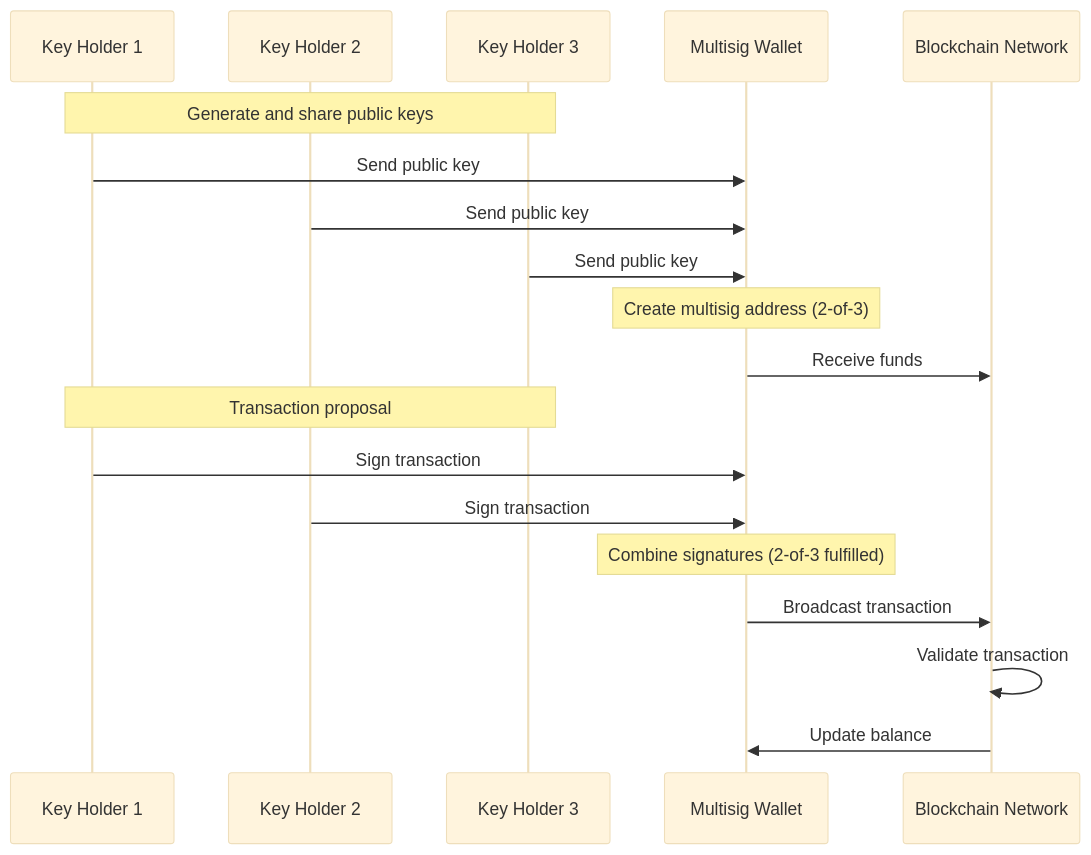
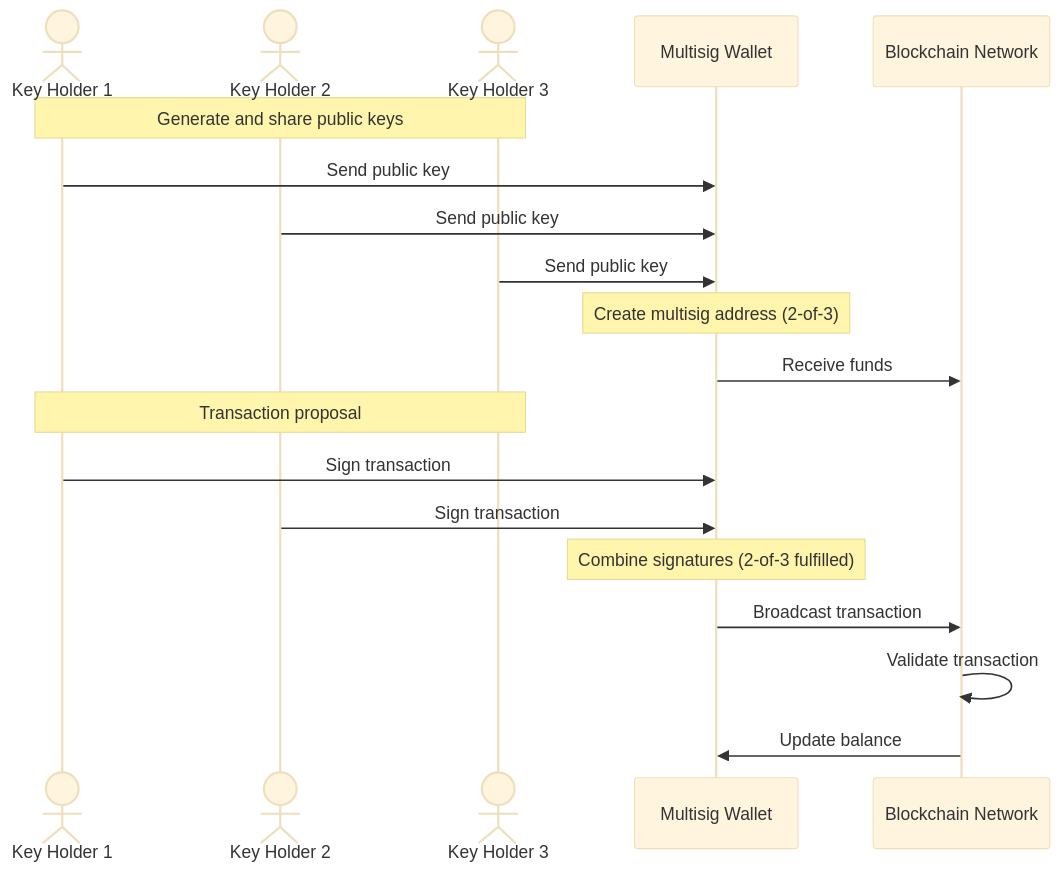
Before and after one commit to cqhung1412/bip70-multisign-demo: the diagram in docs/multisig-mermaid.md, drawn with Mermaid (base theme).

````diff
--- a/docs/multisig-mermaid.md
+++ b/docs/multisig-mermaid.md
@@ -1,26 +1,26 @@
 ```mermaid
 sequenceDiagram
-    participant User1 as Key Holder 1
-    participant User2 as Key Holder 2
-    participant User3 as Key Holder 3
+    actor User1 as Key Holder 1
+    actor User2 as Key Holder 2
+    actor User3 as Key Holder 3
     participant Wallet as Multisig Wallet
     participant Blockchain as Blockchain Network
 
     Note over User1,User3: Generate and share public keys
     User1->>Wallet: Send public key
     User2->>Wallet: Send public key
     User3->>Wallet: Send public key
 
     Note over Wallet: Create multisig address (2-of-3)
     Wallet->>Blockchain: Receive funds
 
     Note over User1,User3: Transaction proposal
     User1->>Wallet: Sign transaction
     User2->>Wallet: Sign transaction
 
     Note over Wallet: Combine signatures (2-of-3 fulfilled)
     Wallet->>Blockchain: Broadcast transaction
 
     Blockchain->>Blockchain: Validate transaction
     Blockchain->>Wallet: Update balance
 ```
````
